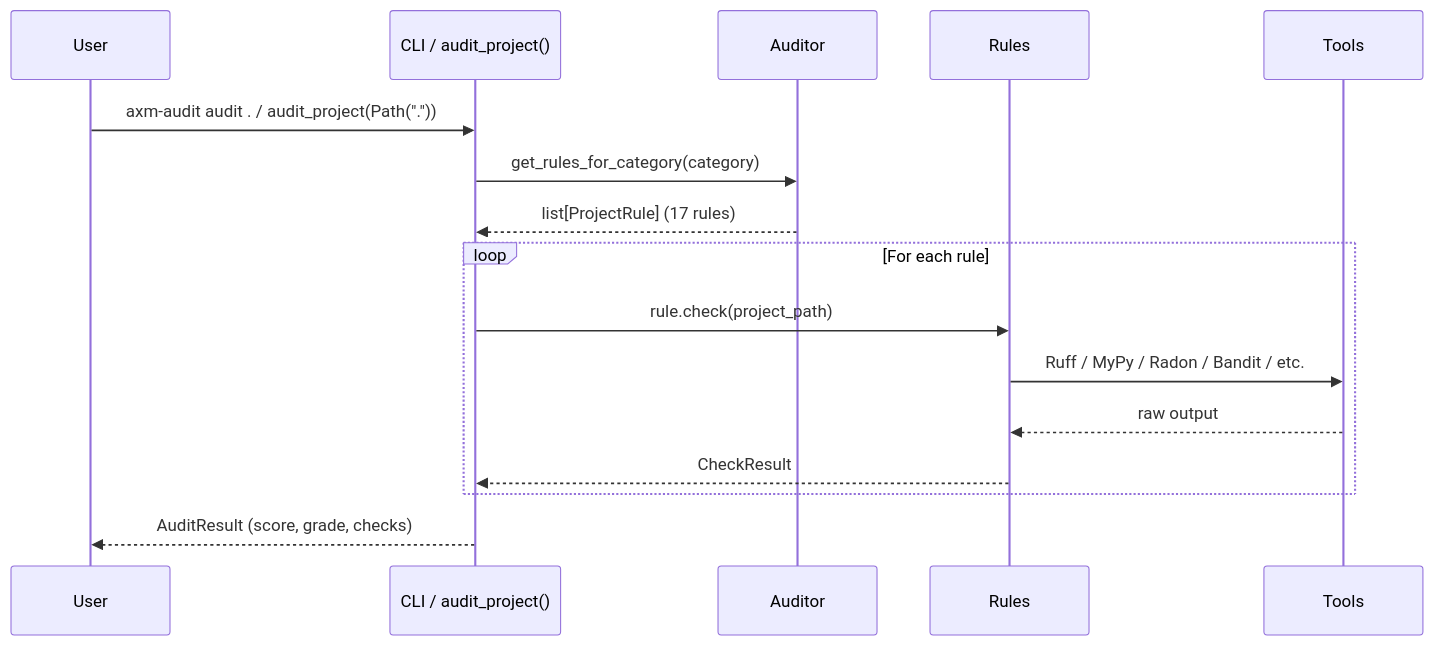
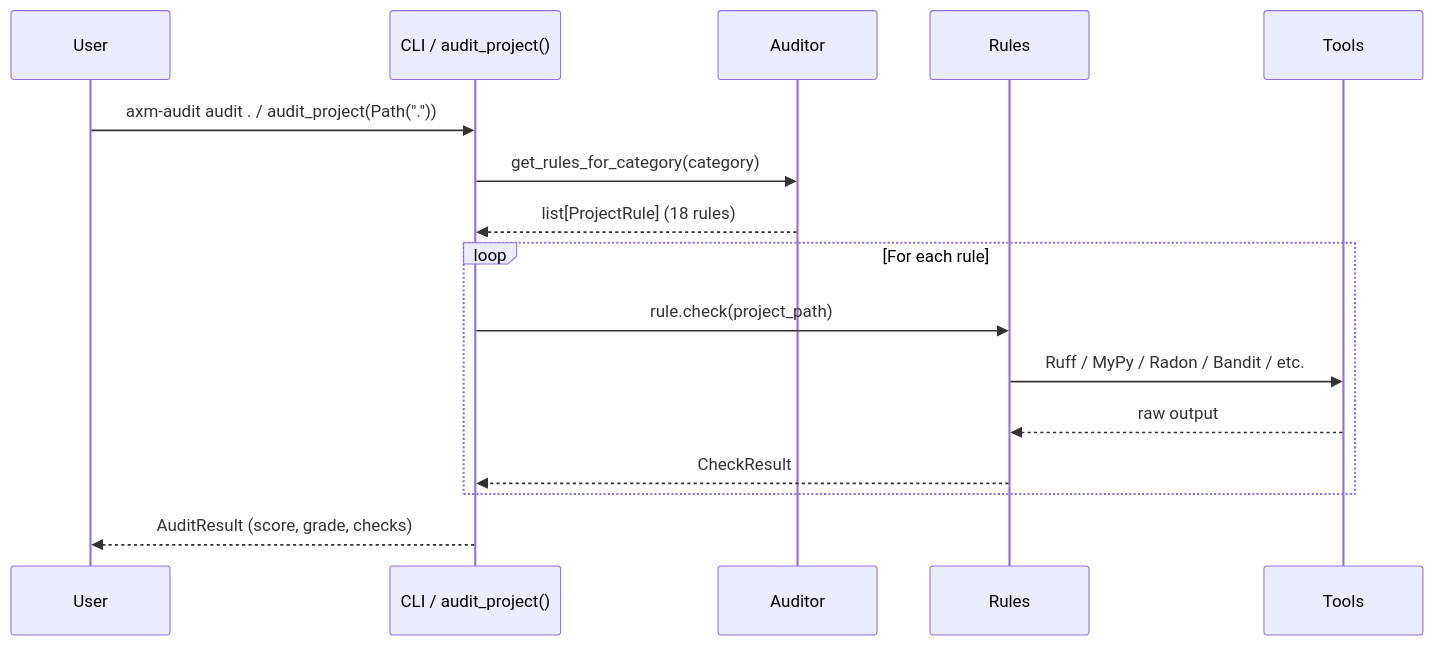
The second of 2 diagrams in docs/explanation/architecture.md (axm-protocols/axm-audit), drawn with Mermaid before and after one commit. The commit also changed other lines of this file and 4 other files, not shown here.

Commit message:
docs: update all doc pages for FormattingRule (17→18 rules) [AXM-74]

````diff
--- a/docs/explanation/architecture.md
+++ b/docs/explanation/architecture.md
@@ -157,19 +158,19 @@
 ```mermaid
 sequenceDiagram
     participant User
     participant CLI as CLI / audit_project()
     participant Auditor
     participant Rules
     participant Tools
 
     User->>CLI: axm-audit audit . / audit_project(Path("."))
     CLI->>Auditor: get_rules_for_category(category)
-    Auditor-->>CLI: list[ProjectRule] (17 rules)
+    Auditor-->>CLI: list[ProjectRule] (18 rules)
     loop For each rule
         CLI->>Rules: rule.check(project_path)
         Rules->>Tools: Ruff / MyPy / Radon / Bandit / etc.
         Tools-->>Rules: raw output
         Rules-->>CLI: CheckResult
     end
     CLI-->>User: AuditResult (score, grade, checks)
 ```
````
